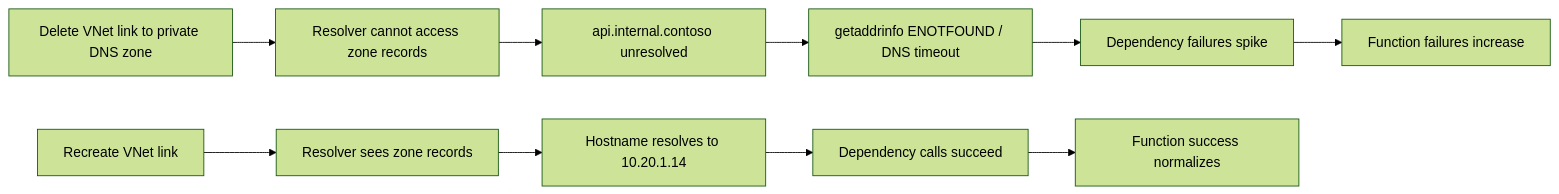
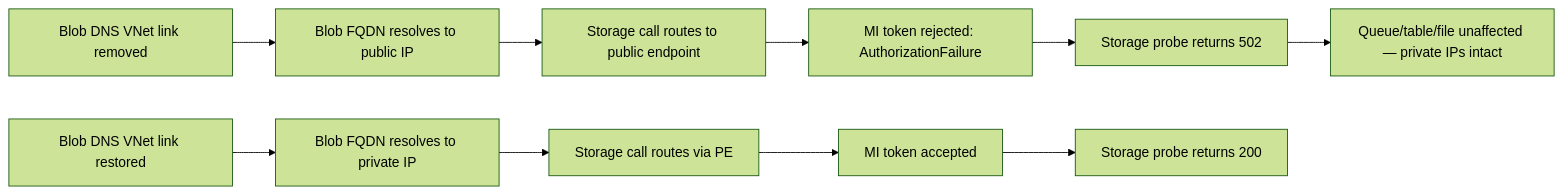
The third of 5 diagrams in docs/troubleshooting/lab-guides/dns-vnet-resolution.md (yeongseon/azure-functions-practical-guide), drawn with Mermaid (forest theme) before and after one commit. The commit also changed other lines of this file and 21 other files, not shown here.

````diff
--- a/docs/troubleshooting/lab-guides/dns-vnet-resolution.md
+++ b/docs/troubleshooting/lab-guides/dns-vnet-resolution.md
@@ -104,13 +126,13 @@
 ```mermaid
 flowchart LR
-    A[Delete VNet link to private DNS zone] --> B[Resolver cannot access zone records]
-    B --> C[api.internal.contoso unresolved]
-    C --> D[getaddrinfo ENOTFOUND / DNS timeout]
-    D --> E[Dependency failures spike]
-    E --> F[Function failures increase]
+    A[Blob DNS VNet link removed] --> B[Blob FQDN resolves to public IP]
+    B --> C[Storage call routes to public endpoint]
+    C --> D[MI token rejected: AuthorizationFailure]
+    D --> E[Storage probe returns 502]
+    E --> F[Queue/table/file unaffected — private IPs intact]
 
-    G[Recreate VNet link] --> H[Resolver sees zone records]
-    H --> I[Hostname resolves to 10.20.1.14]
-    I --> J[Dependency calls succeed]
-    J --> K[Function success normalizes]
+    G[Blob DNS VNet link restored] --> H[Blob FQDN resolves to private IP]
+    H --> I[Storage call routes via PE]
+    I --> J[MI token accepted]
+    J --> K[Storage probe returns 200]
 ```
````
